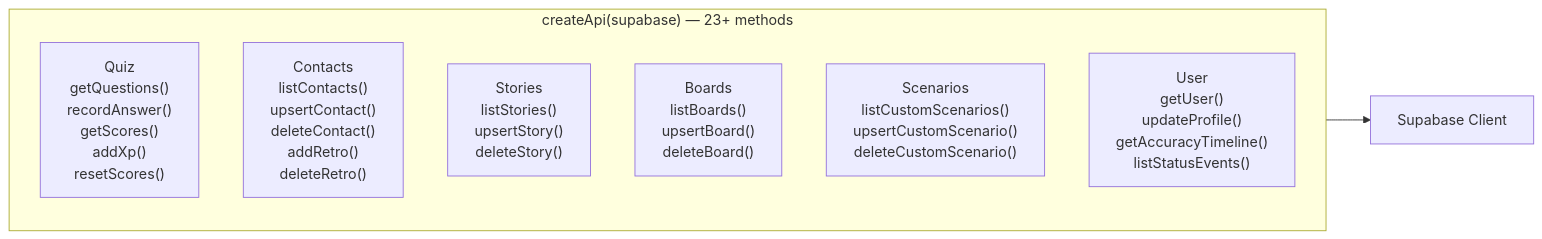
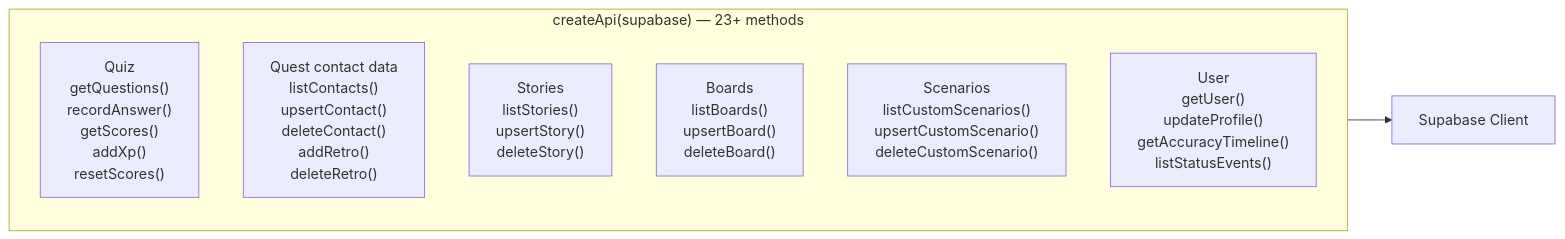
The sixth of 13 diagrams in docs/system-design.md (Inn-Keeper/tech-refresh), drawn with Mermaid before and after one commit. The commit also changed other lines of this file and 22 other files, not shown here.

Commit message:
Rename contacts module to Quest

````diff
--- a/docs/system-design.md
+++ b/docs/system-design.md
@@ -146,15 +146,15 @@
 ```mermaid
 graph LR
     subgraph API_METHODS ["createApi(supabase) — 23+ methods"]
         direction TB
         Q["Quiz\ngetQuestions()\nrecordAnswer()\ngetScores()\naddXp()\nresetScores()"]
-        C["Contacts\nlistContacts()\nupsertContact()\ndeleteContact()\naddRetro()\ndeleteRetro()"]
+        C["Quest contact data\nlistContacts()\nupsertContact()\ndeleteContact()\naddRetro()\ndeleteRetro()"]
         S["Stories\nlistStories()\nupsertStory()\ndeleteStory()"]
         B["Boards\nlistBoards()\nupsertBoard()\ndeleteBoard()"]
         SC["Scenarios\nlistCustomScenarios()\nupsertCustomScenario()\ndeleteCustomScenario()"]
         U["User\ngetUser()\nupdateProfile()\ngetAccuracyTimeline()\nlistStatusEvents()"]
     end
 
     SUPA["Supabase Client"]
     API_METHODS --> SUPA
 ```
````
